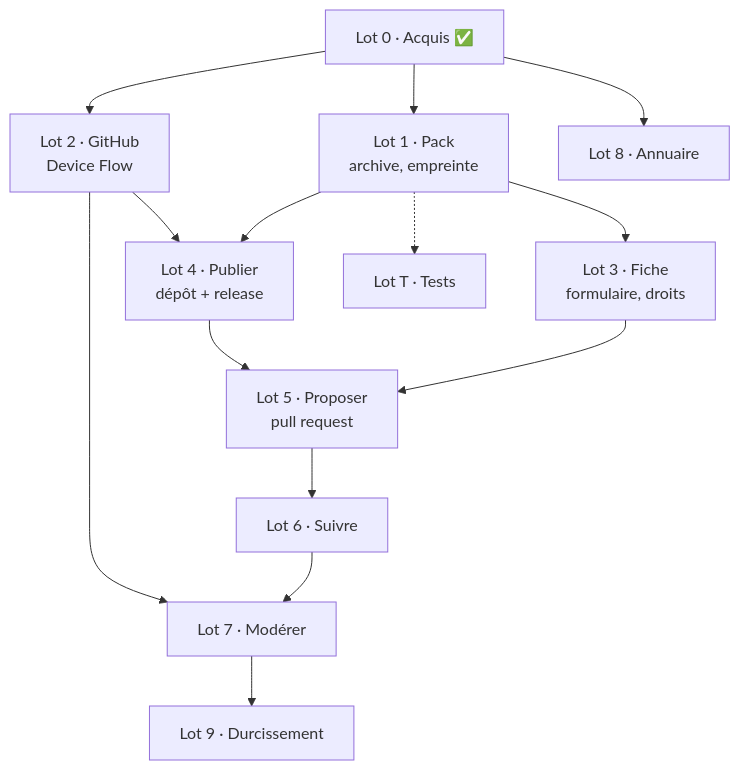
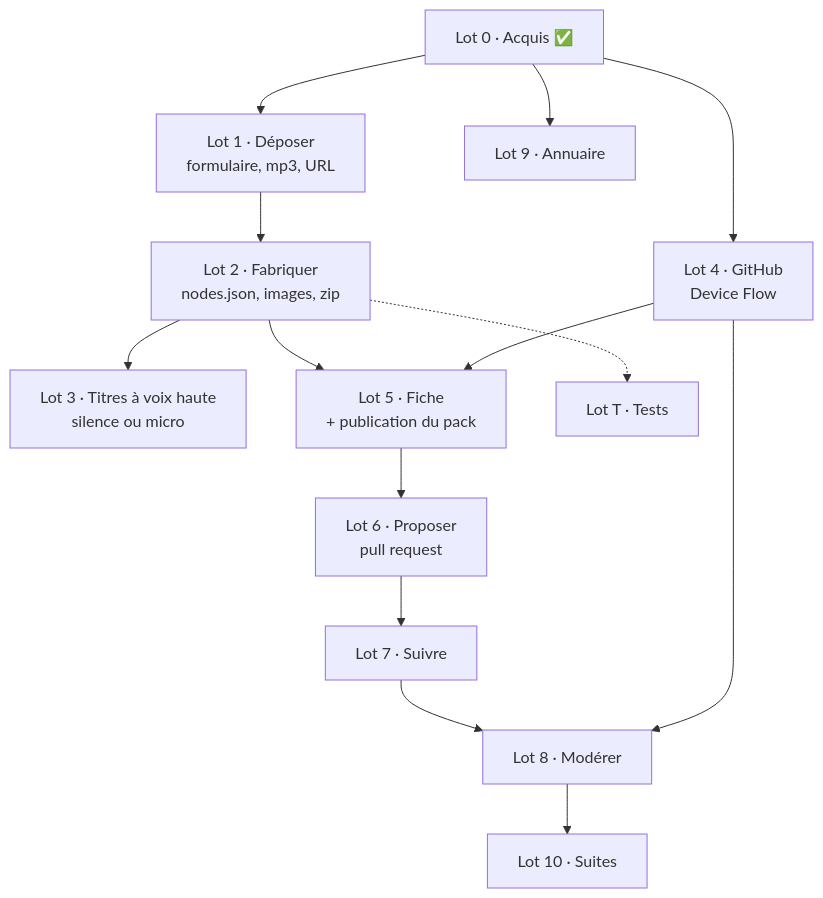
The diagram in projet.md (famaridon/Telmi-Store), drawn with Mermaid before and after one commit. The commit also changed other lines of this file and 2 other files, not shown here.

````diff
--- a/projet.md
+++ b/projet.md
@@ -222,16 +306,16 @@
 ```mermaid
 flowchart TD
-  L0["Lot 0 · Acquis ✅"] --> L1["Lot 1 · Pack<br/>archive, empreinte"]
-  L0 --> L2["Lot 2 · GitHub<br/>Device Flow"]
-  L1 --> L3["Lot 3 · Fiche<br/>formulaire, droits"]
-  L1 --> L4["Lot 4 · Publier<br/>dépôt + release"]
-  L2 --> L4
-  L3 --> L5["Lot 5 · Proposer<br/>pull request"]
+  L0["Lot 0 · Acquis ✅"] --> L1["Lot 1 · Déposer<br/>formulaire, mp3, URL"]
+  L1 --> L2["Lot 2 · Fabriquer<br/>nodes.json, images, zip"]
+  L2 --> L3["Lot 3 · Titres à voix haute<br/>silence ou micro"]
+  L0 --> L4["Lot 4 · GitHub<br/>Device Flow"]
+  L2 --> L5["Lot 5 · Fiche<br/>+ publication du pack"]
   L4 --> L5
-  L5 --> L6["Lot 6 · Suivre"]
-  L6 --> L7["Lot 7 · Modérer"]
-  L2 --> L7
-  L0 --> L8["Lot 8 · Annuaire"]
-  L7 --> L9["Lot 9 · Durcissement"]
-  L1 -.-> LT["Lot T · Tests"]
+  L5 --> L6["Lot 6 · Proposer<br/>pull request"]
+  L6 --> L7["Lot 7 · Suivre"]
+  L7 --> L8["Lot 8 · Modérer"]
+  L4 --> L8
+  L0 --> L9["Lot 9 · Annuaire"]
+  L8 --> L10["Lot 10 · Suites"]
+  L2 -.-> LT["Lot T · Tests"]
 ```
````
